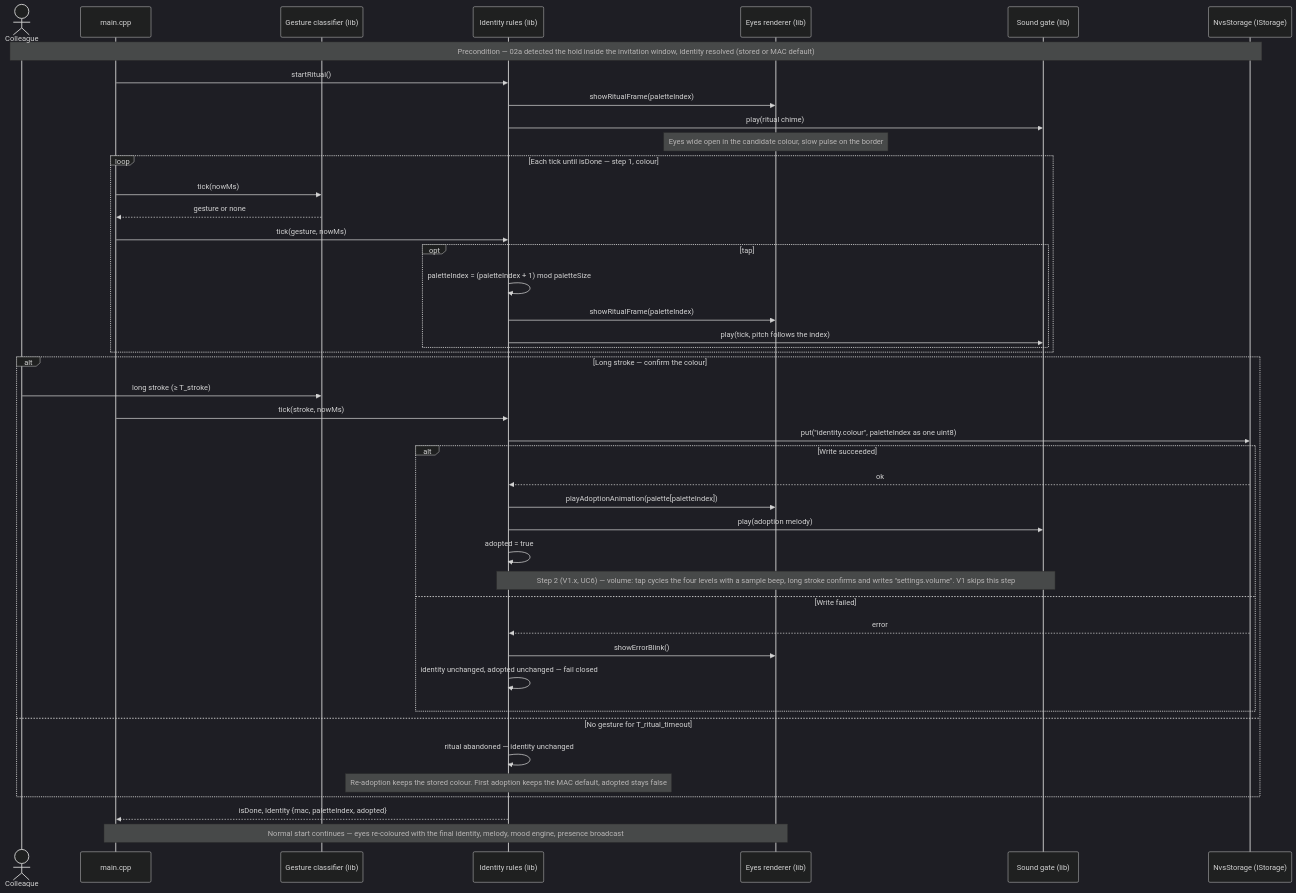
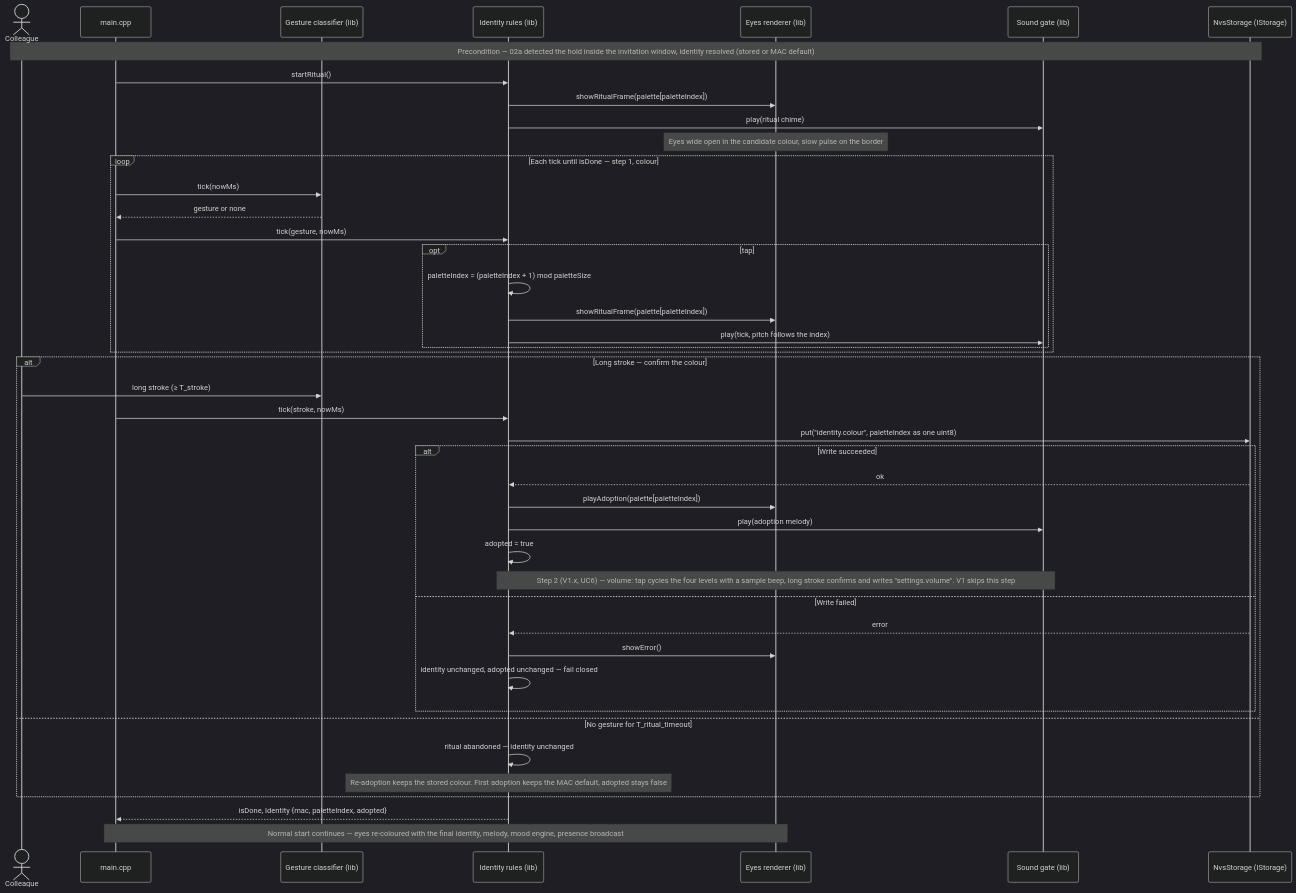
The diagram in docs/architecture/diagrams/identity/02b-sequence-adoption-ritual.md (benoit-bremaud/cubbies), drawn with Mermaid (dark theme) before and after one commit. The commit also changed 47 other files, not shown here.

First line of the commit message:
feat(eyes): brick F1b — reactions overlay and identity frames with a shared Timeline (#10)

````diff
--- a/docs/architecture/diagrams/identity/02b-sequence-adoption-ritual.md
+++ b/docs/architecture/diagrams/identity/02b-sequence-adoption-ritual.md
@@ -21,49 +21,49 @@
 ```mermaid
 sequenceDiagram
   actor C as Colleague
   participant M as main.cpp
   participant G as Gesture classifier (lib)
   participant I as Identity rules (lib)
   participant E as Eyes renderer (lib)
   participant A as Sound gate (lib)
   participant S as NvsStorage (IStorage)
 
   Note over C,S: Precondition — 02a detected the hold inside the invitation window, identity resolved (stored or MAC default)
   M->>I: startRitual()
-  I->>E: showRitualFrame(paletteIndex)
+  I->>E: showRitualFrame(palette[paletteIndex])
   I->>A: play(ritual chime)
   Note over E: Eyes wide open in the candidate colour, slow pulse on the border
 
   loop Each tick until isDone — step 1, colour
     M->>G: tick(nowMs)
     G-->>M: gesture or none
     M->>I: tick(gesture, nowMs)
     opt tap
       I->>I: paletteIndex = (paletteIndex + 1) mod paletteSize
-      I->>E: showRitualFrame(paletteIndex)
+      I->>E: showRitualFrame(palette[paletteIndex])
       I->>A: play(tick, pitch follows the index)
     end
   end
 
   alt Long stroke — confirm the colour
     C->>G: long stroke (≥ T_stroke)
     M->>I: tick(stroke, nowMs)
     I->>S: put("identity.colour", paletteIndex as one uint8)
     alt Write succeeded
       S-->>I: ok
-      I->>E: playAdoptionAnimation(palette[paletteIndex])
+      I->>E: playAdoption(palette[paletteIndex])
       I->>A: play(adoption melody)
       I->>I: adopted = true
       Note over I,A: Step 2 (V1.x, UC6) — volume: tap cycles the four levels with a sample beep, long stroke confirms and writes "settings.volume". V1 skips this step
     else Write failed
       S-->>I: error
-      I->>E: showErrorBlink()
+      I->>E: showError()
       I->>I: identity unchanged, adopted unchanged — fail closed
     end
   else No gesture for T_ritual_timeout
     I->>I: ritual abandoned — identity unchanged
     Note over I: Re-adoption keeps the stored colour. First adoption keeps the MAC default, adopted stays false
   end
   I-->>M: isDone, Identity {mac, paletteIndex, adopted}
   Note over M,E: Normal start continues — eyes re-coloured with the final identity, melody, mood engine, presence broadcast
 ```
````
